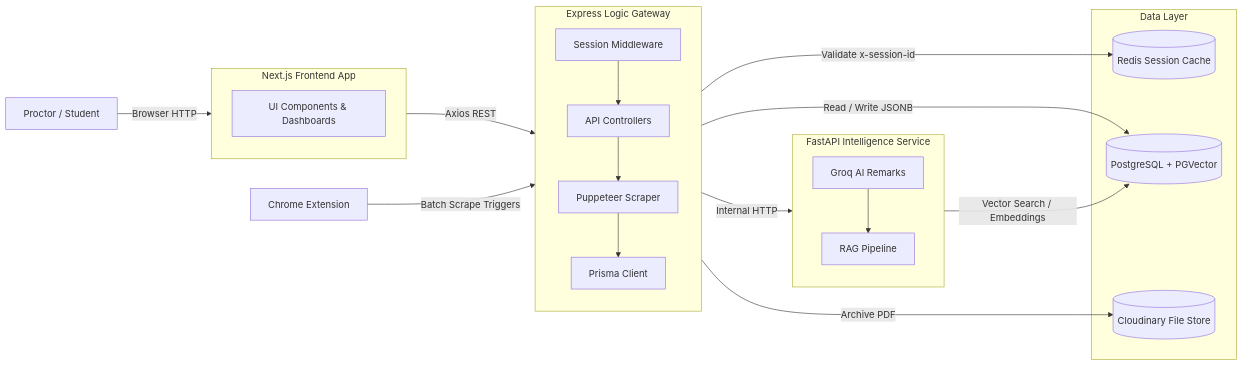
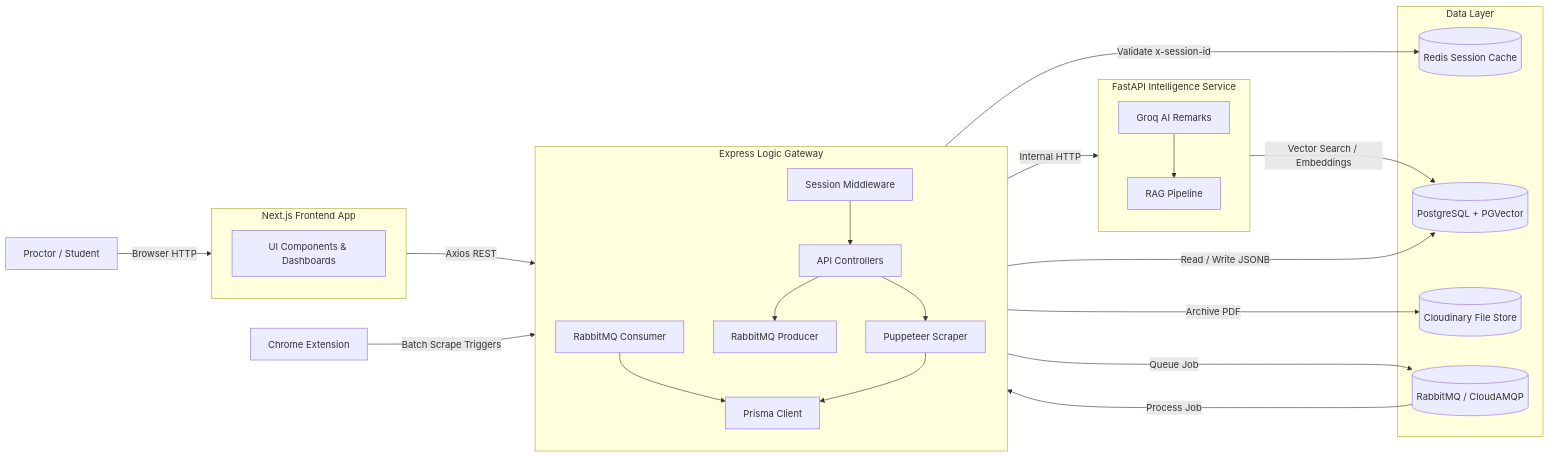
One commit to KarthikSP1911/MSR-Insight changed the second of 2 diagrams in readme.md. Above: the diagram before and after it, drawn with Mermaid. The commit also changed other lines of this file and 13 other files, not shown here.

````diff
--- a/readme.md
+++ b/readme.md
@@ -68,49 +74,57 @@
 ```mermaid
 flowchart LR
 
     U[Proctor / Student]
 
     subgraph F["Next.js Frontend App"]
         UI[UI Components & Dashboards]
     end
 
     C[Chrome Extension]
 
     subgraph E["Express Logic Gateway"]
+        direction TB
         SM[Session Middleware]
         API[API Controllers]
         PS[Puppeteer Scraper]
         PR[Prisma Client]
+        RMQP[RabbitMQ Producer]
+        RMQC[RabbitMQ Consumer]
 
         SM --> API
         API --> PS
+        API --> RMQP
+        RMQC --> PR
         PS --> PR
     end
 
     subgraph AI["FastAPI Intelligence Service"]
         GR[Groq AI Remarks]
         RAG[RAG Pipeline]
 
         GR --> RAG
     end
 
     subgraph D["Data Layer"]
         R[(Redis Session Cache)]
         P[(PostgreSQL + PGVector)]
         CL[(Cloudinary File Store)]
+        MQ[(RabbitMQ / CloudAMQP)]
     end
 
     U -->|Browser HTTP| F
     F -->|Axios REST| E
 
     C -->|Batch Scrape Triggers| E
 
     E -->|Internal HTTP| AI
 
     E -->|Validate x-session-id| R
     E -->|Read / Write JSONB| P
 
     AI -->|Vector Search / Embeddings| P
 
     E -->|Archive PDF| CL
+    RMQP -->|Queue Job| MQ
+    MQ -->|Process Job| RMQC
 ```
````
